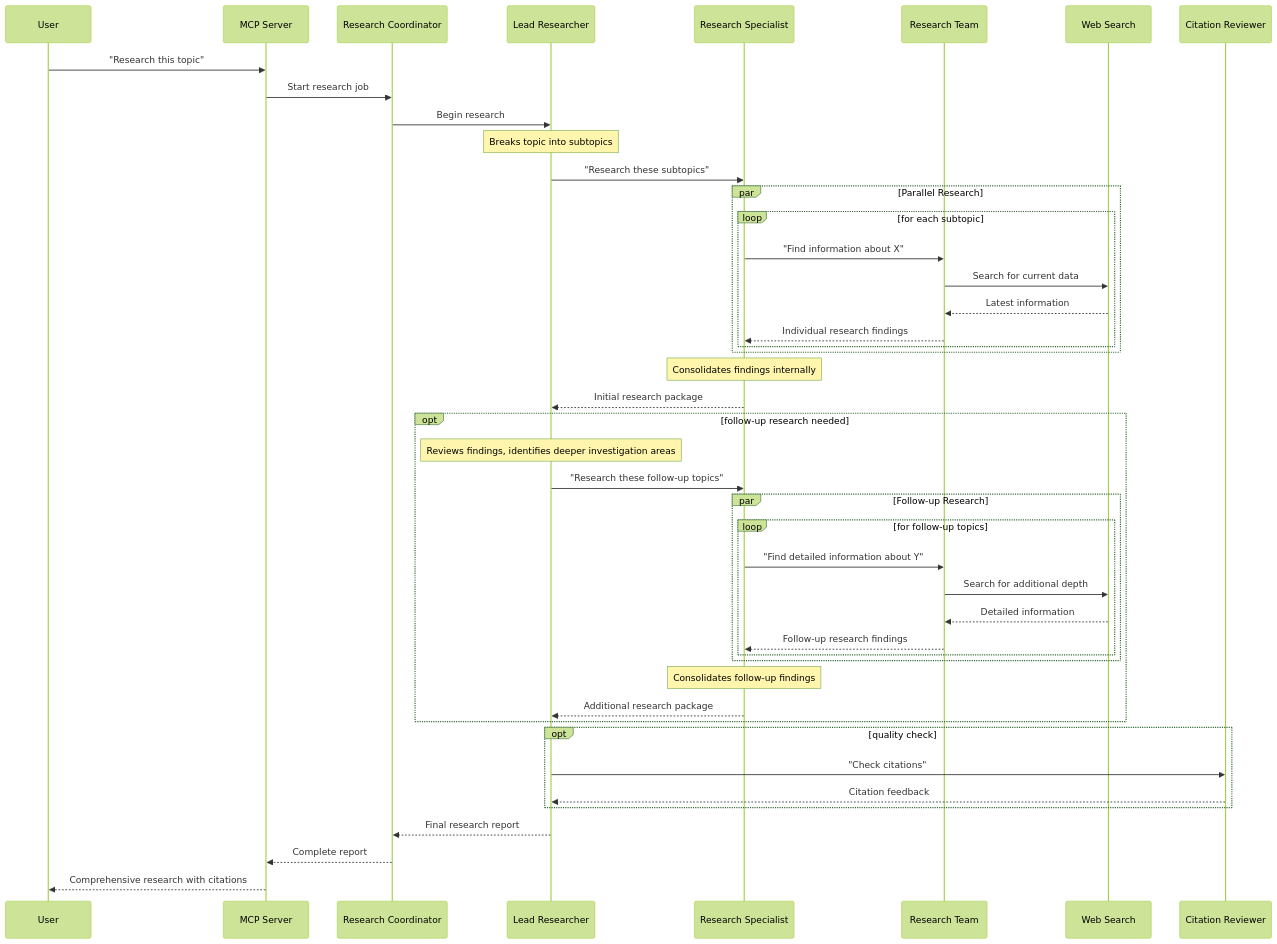
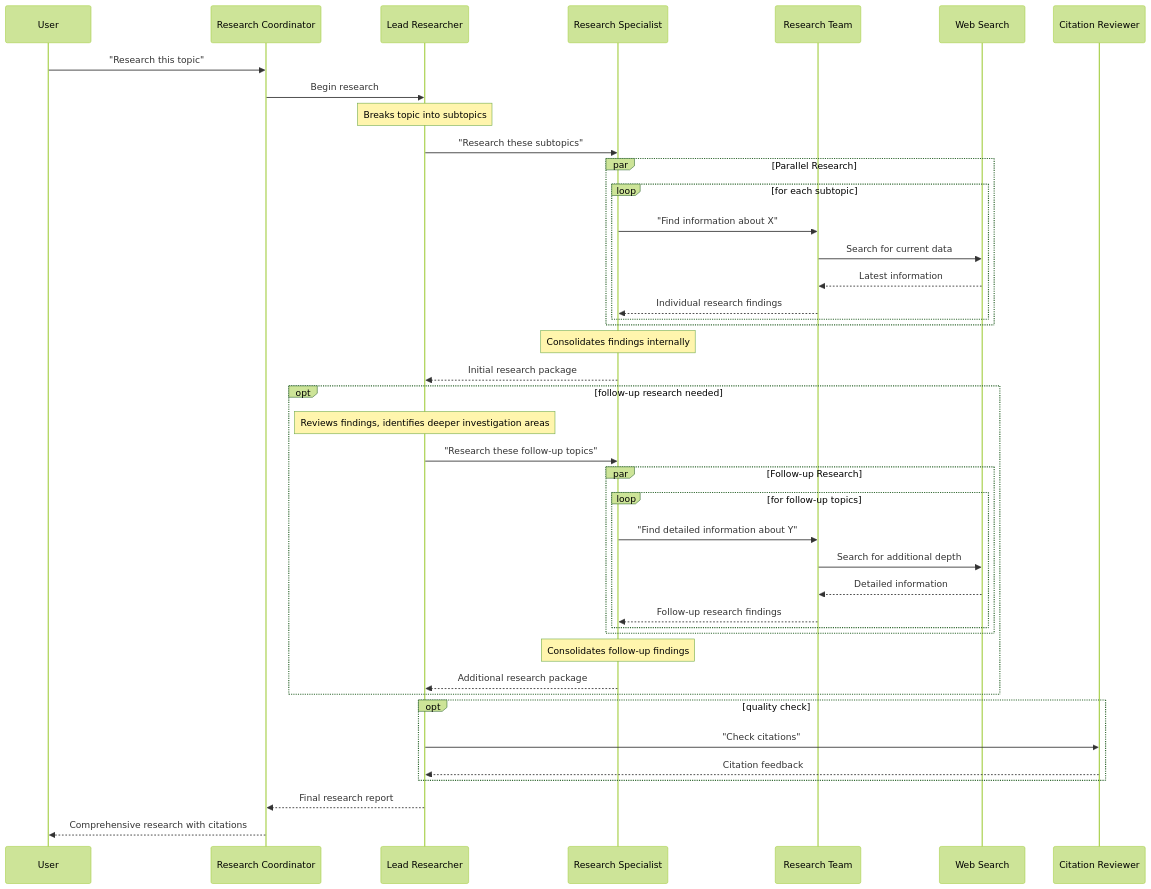
Before and after one commit to karashiiro/research-mcp: the diagram in README.md, drawn with Mermaid (forest theme).

Commit message:
Remove MCP server from diagram

````diff
--- a/README.md
+++ b/README.md
@@ -88,58 +88,55 @@
 ```mermaid
 sequenceDiagram
     participant User as User
-    participant MCP as MCP Server
     participant Coordinator as Research Coordinator
     participant Lead as Lead Researcher
     participant Specialist as Research Specialist
     participant Researchers as Research Team
     participant Web as Web Search
     participant Reviewer as Citation Reviewer
 
-    User->>MCP: "Research this topic"
-    MCP->>Coordinator: Start research job
+    User->>Coordinator: "Research this topic"
     
     Coordinator->>Lead: Begin research
     Note over Lead: Breaks topic into subtopics
     
     Lead->>Specialist: "Research these subtopics"
     
     par Parallel Research
         loop for each subtopic
             Specialist->>Researchers: "Find information about X"
             Researchers->>Web: Search for current data
             Web-->>Researchers: Latest information
             Researchers-->>Specialist: Individual research findings
         end
     end
     
     Note over Specialist: Consolidates findings internally
     Specialist-->>Lead: Initial research package
     
     opt follow-up research needed
         Note over Lead: Reviews findings, identifies deeper investigation areas
         Lead->>Specialist: "Research these follow-up topics"
         
         par Follow-up Research
             loop for follow-up topics
                 Specialist->>Researchers: "Find detailed information about Y"
                 Researchers->>Web: Search for additional depth
                 Web-->>Researchers: Detailed information
                 Researchers-->>Specialist: Follow-up research findings
             end
         end
         
         Note over Specialist: Consolidates follow-up findings
         Specialist-->>Lead: Additional research package
     end
     
     opt quality check
         Lead->>Reviewer: "Check citations"
         Reviewer-->>Lead: Citation feedback
     end
     
     Lead-->>Coordinator: Final research report
     
-    Coordinator-->>MCP: Complete report
-    MCP-->>User: Comprehensive research with citations
+    Coordinator-->>User: Comprehensive research with citations
 ```
````
